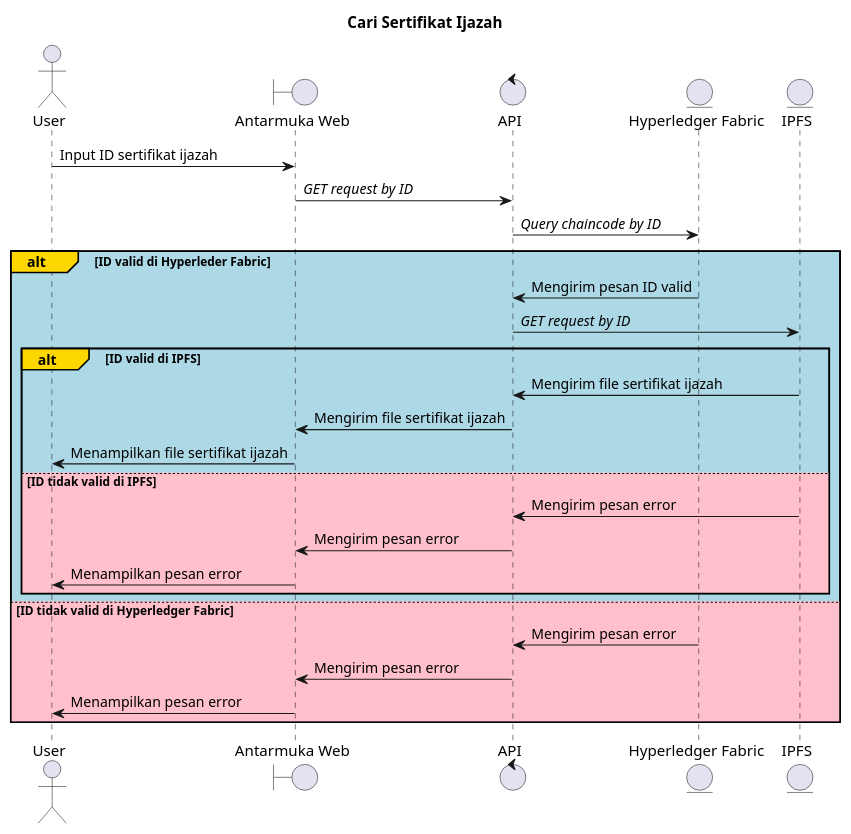
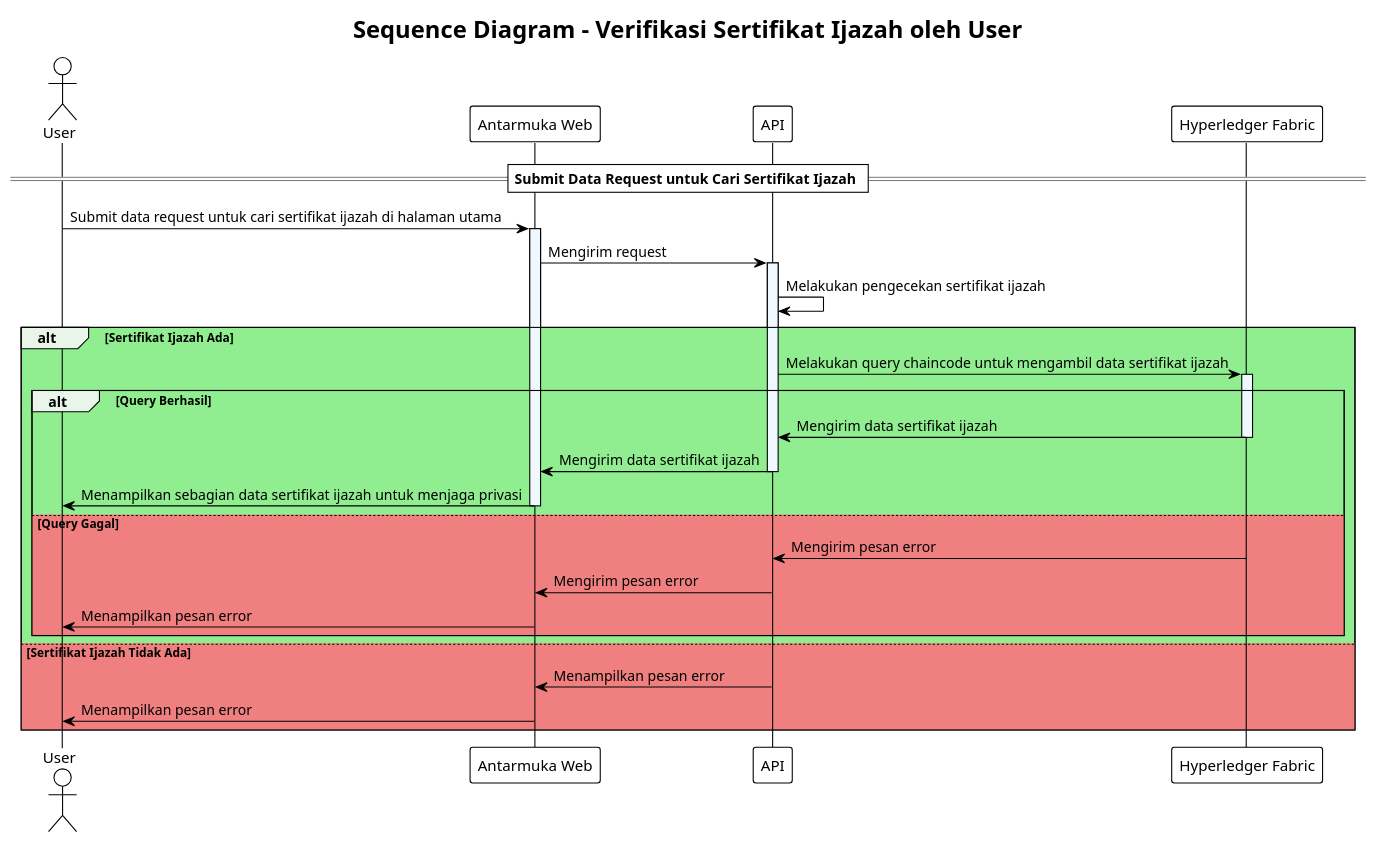
One commit to nas11ai/tugas-akhir changed the diagram in requirement/sequence-diagram/SD-1.plantuml. Above: the diagram before and after it, drawn with PlantUML. The commit also changed 7 other files, not shown here.

Commit message:
feat: update sequence diagram

```diff
--- a/requirement/sequence-diagram/SD-1.plantuml
+++ b/requirement/sequence-diagram/SD-1.plantuml
@@ -1,35 +1,55 @@
 @startuml SD-1
+!theme plain
+title Sequence Diagram - Verifikasi Sertifikat Ijazah oleh User
 
-title Cari Sertifikat Ijazah
+skinparam sequenceGroupBackgroundColor #E8F5E8
+skinparam sequenceLifeLineBackgroundColor #F0F8FF
 
-actor       User                        as user
-boundary    "Antarmuka Web"             as ui
-control     API                         as api
-entity      "Hyperledger Fabric"        as fabric
-entity      IPFS                        as ipfs
+actor User
+participant "Antarmuka Web" as Web
+participant "API" as API
+participant "Hyperledger Fabric" as HLF
 
-user -> ui : Input ID sertifikat ijazah
-ui -> api : //GET request by ID//
-api -> fabric: //Query chaincode by ID//
+== Submit Data Request untuk Cari Sertifikat Ijazah ==
+User -> Web: Submit data request untuk cari sertifikat ijazah di halaman utama
+activate Web
 
-alt#Gold #LightBlue ID valid di Hyperleder Fabric
-    fabric -> api: Mengirim pesan ID valid
-    api -> ipfs: //GET request by ID//
+Web -> API: Mengirim request
+activate API
 
-    alt#Gold #LightBlue ID valid di IPFS
-       ipfs -> api: Mengirim file sertifikat ijazah
-       api -> ui: Mengirim file sertifikat ijazah
-       ui -> user: Menampilkan file sertifikat ijazah
-    else #Pink ID tidak valid di IPFS
-        ipfs -> api: Mengirim pesan error
-        api -> ui: Mengirim pesan error
-        ui -> user: Menampilkan pesan error
+API -> API: Melakukan pengecekan sertifikat ijazah
+
+alt #lightgreen Sertifikat Ijazah Ada
+    API -> HLF: Melakukan query chaincode untuk mengambil data sertifikat ijazah
+    activate HLF
+    
+    alt #lightgreen Query Berhasil
+        HLF -> API: Mengirim data sertifikat ijazah
+        deactivate HLF
+        
+        API -> Web: Mengirim data sertifikat ijazah
+        deactivate API
+        
+        Web -> User: Menampilkan sebagian data sertifikat ijazah untuk menjaga privasi
+        deactivate Web
+        
+    else #lightcoral Query Gagal
+        HLF -> API: Mengirim pesan error
+        deactivate HLF
+        
+        API -> Web: Mengirim pesan error
+        deactivate API
+        
+        Web -> User: Menampilkan pesan error
+        deactivate Web
     end
-
-else #Pink ID tidak valid di Hyperledger Fabric
-    fabric -> api: Mengirim pesan error
-    api -> ui: Mengirim pesan error
-    ui -> user: Menampilkan pesan error
+    
+else #lightcoral Sertifikat Ijazah Tidak Ada
+    API -> Web: Menampilkan pesan error
+    deactivate API
+    
+    Web -> User: Menampilkan pesan error
+    deactivate Web
 end
 
 @enduml
```
